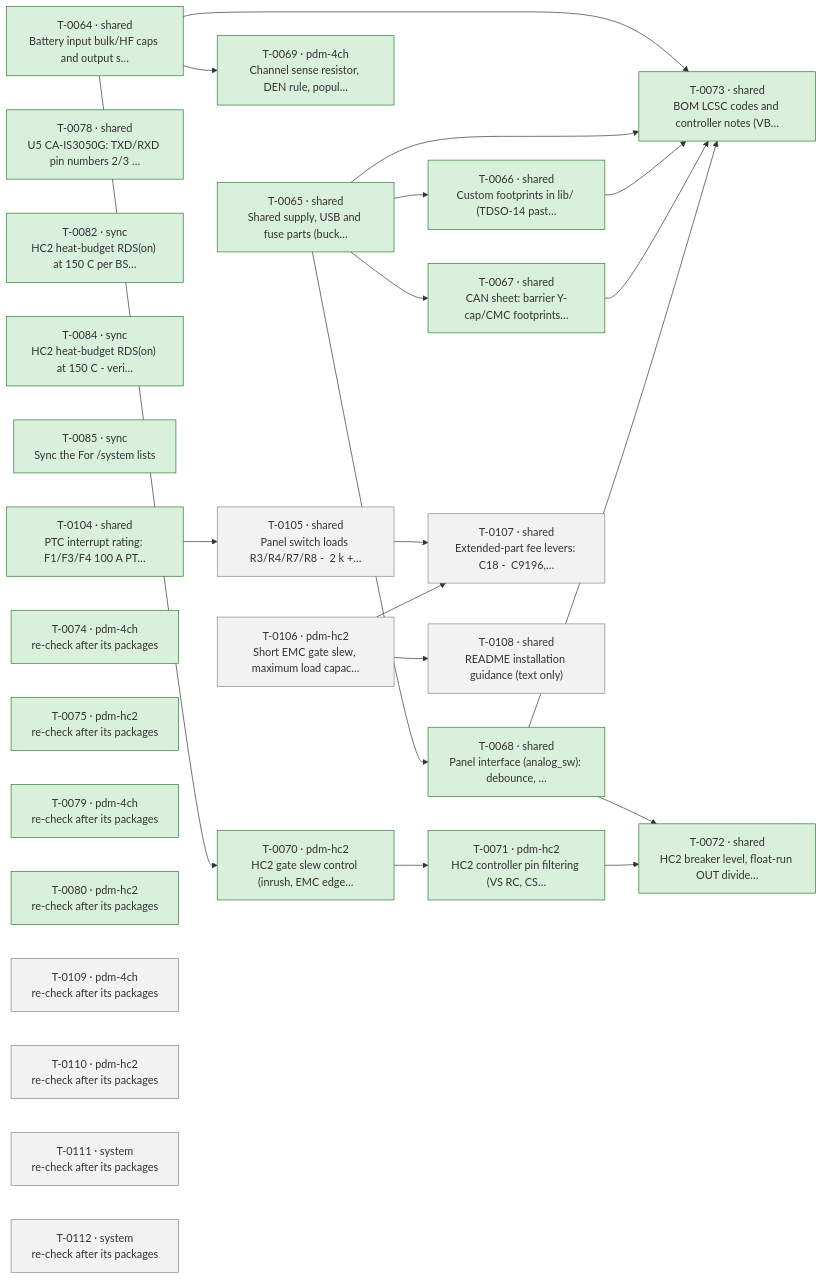
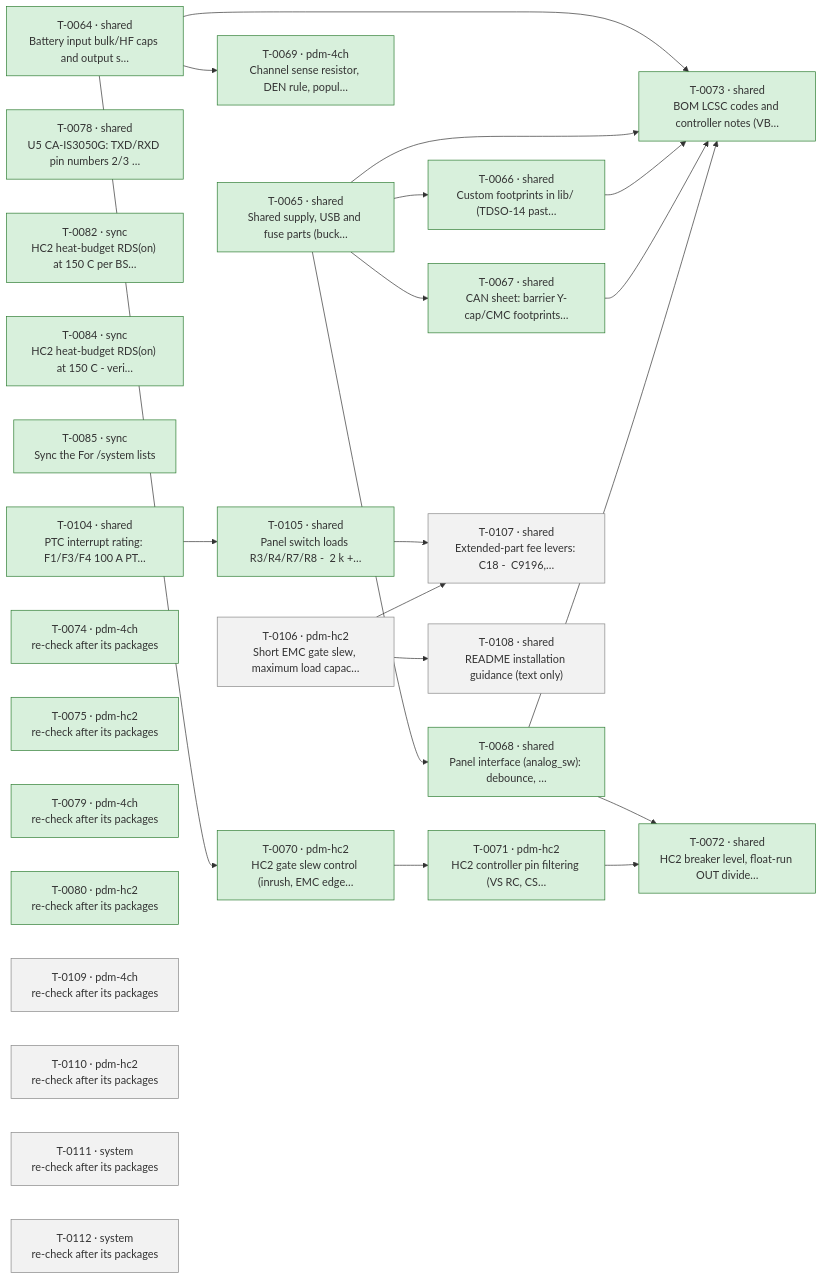
Before and after one commit to plektra/ESP32-PDM: the diagram in docs/ROADMAP.md, drawn with Mermaid. The commit also changed other lines of this file and 3 other files, not shown here.

````diff
--- a/docs/ROADMAP.md
+++ b/docs/ROADMAP.md
@@ -18,51 +18,51 @@
 ```mermaid
 flowchart LR
   T0064["T-0064 · shared<br/>Battery input bulk/HF caps and output s…"]:::done
   T0065["T-0065 · shared<br/>Shared supply, USB and fuse parts (buck…"]:::done
   T0066["T-0066 · shared<br/>Custom footprints in lib/ (TDSO-14 past…"]:::done
   T0067["T-0067 · shared<br/>CAN sheet: barrier Y-cap/CMC footprints…"]:::done
   T0068["T-0068 · shared<br/>Panel interface (analog_sw): debounce, …"]:::done
   T0069["T-0069 · pdm-4ch<br/>Channel sense resistor, DEN rule, popul…"]:::done
   T0070["T-0070 · pdm-hc2<br/>HC2 gate slew control (inrush, EMC edge…"]:::done
   T0071["T-0071 · pdm-hc2<br/>HC2 controller pin filtering (VS RC, CS…"]:::done
   T0072["T-0072 · shared<br/>HC2 breaker level, float-run OUT divide…"]:::done
   T0073["T-0073 · shared<br/>BOM LCSC codes and controller notes (VB…"]:::done
   T0078["T-0078 · shared<br/>U5 CA-IS3050G: TXD/RXD pin numbers 2/3 …"]:::done
   T0082["T-0082 · sync<br/>HC2 heat-budget RDS(on) at 150 C per BS…"]:::done
   T0084["T-0084 · sync<br/>HC2 heat-budget RDS(on) at 150 C - veri…"]:::done
   T0085["T-0085 · sync<br/>Sync the  For /system  lists"]:::done
   T0104["T-0104 · shared<br/>PTC interrupt rating: F1/F3/F4 100 A PT…"]:::done
-  T0105["T-0105 · shared<br/>Panel switch loads R3/R4/R7/R8 -  2 k +…"]:::ready
+  T0105["T-0105 · shared<br/>Panel switch loads R3/R4/R7/R8 -  2 k +…"]:::done
   T0106["T-0106 · pdm-hc2<br/>Short EMC gate slew, maximum load capac…"]:::ready
   T0107["T-0107 · shared<br/>Extended-part fee levers: C18 -  C9196,…"]:::ready
   T0108["T-0108 · shared<br/>README installation guidance (text only)"]:::ready
   T0074["T-0074 · pdm-4ch<br/>re-check after its packages"]:::done
   T0075["T-0075 · pdm-hc2<br/>re-check after its packages"]:::done
   T0079["T-0079 · pdm-4ch<br/>re-check after its packages"]:::done
   T0080["T-0080 · pdm-hc2<br/>re-check after its packages"]:::done
   T0109["T-0109 · pdm-4ch<br/>re-check after its packages"]:::ready
   T0110["T-0110 · pdm-hc2<br/>re-check after its packages"]:::ready
   T0111["T-0111 · system<br/>re-check after its packages"]:::ready
   T0112["T-0112 · system<br/>re-check after its packages"]:::ready
   T0065 --> T0066
   T0065 --> T0067
   T0065 --> T0068
   T0064 --> T0069
   T0064 --> T0070
   T0070 --> T0071
   T0068 --> T0072
   T0071 --> T0072
   T0064 --> T0073
   T0065 --> T0073
   T0066 --> T0073
   T0067 --> T0073
   T0068 --> T0073
   T0104 --> T0105
   T0105 --> T0107
   T0106 --> T0107
   T0106 --> T0108
   classDef done fill:#d8f0dc,stroke:#2e7d32
   classDef running fill:#d6e6ff,stroke:#1f5fbf
   classDef ready fill:#f2f2f2,stroke:#888
   classDef failed fill:#f9d9d9,stroke:#b3261e
 ```
````
